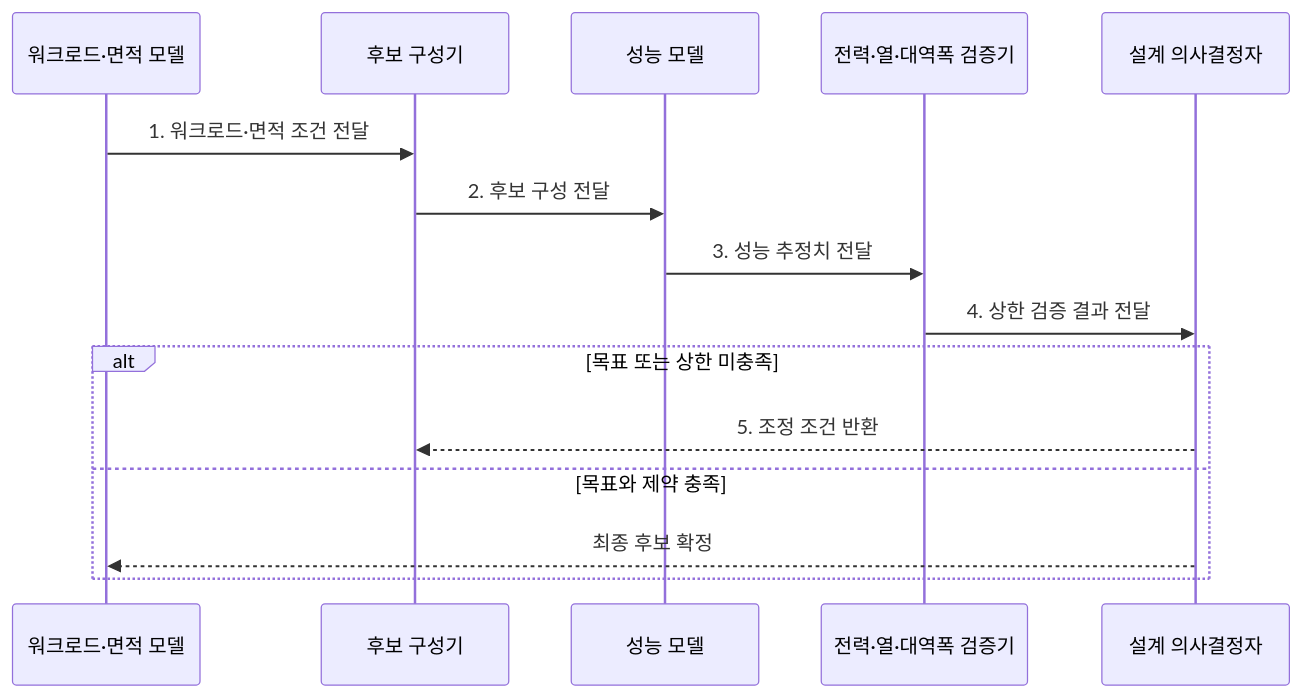
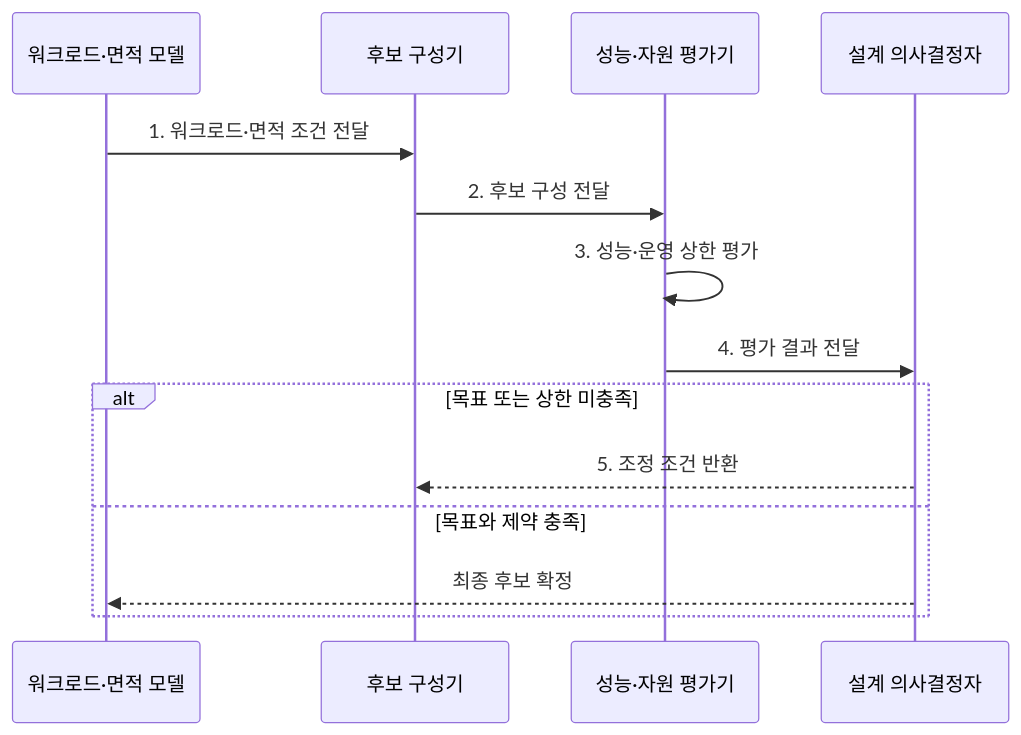
One commit to agnusdei1207/knowledge-base changed the second of 2 diagrams in src/content/docs/notes/02-hardware/011_pollacks_rule.md. Above: the diagram before and after it, drawn with Mermaid. The commit also changed other lines of this file and 3 other files, not shown here.

Commit message:
Simplify processor architecture flows

````diff
--- a/src/content/docs/notes/02-hardware/011_pollacks_rule.md
+++ b/src/content/docs/notes/02-hardware/011_pollacks_rule.md
@@ -104,18 +104,17 @@
 ```mermaid
 sequenceDiagram
     participant M as 워크로드·면적 모델
     participant C as 후보 구성기
-    participant P as 성능 모델
-    participant R as 전력·열·대역폭 검증기
+    participant E as 성능·자원 평가기
     participant D as 설계 의사결정자
 
     M->>C: 1. 워크로드·면적 조건 전달
-    C->>P: 2. 후보 구성 전달
-    P->>R: 3. 성능 추정치 전달
-    R->>D: 4. 상한 검증 결과 전달
+    C->>E: 2. 후보 구성 전달
+    E->>E: 3. 성능·운영 상한 평가
+    E->>D: 4. 평가 결과 전달
     alt 목표 또는 상한 미충족
         D-->>C: 5. 조정 조건 반환
     else 목표와 제약 충족
         D-->>M: 최종 후보 확정
     end
 ```
````
